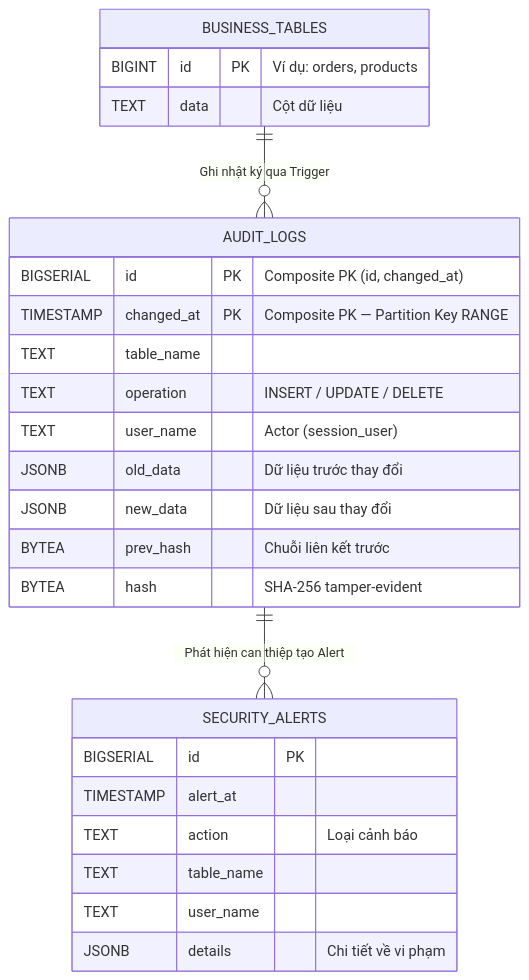
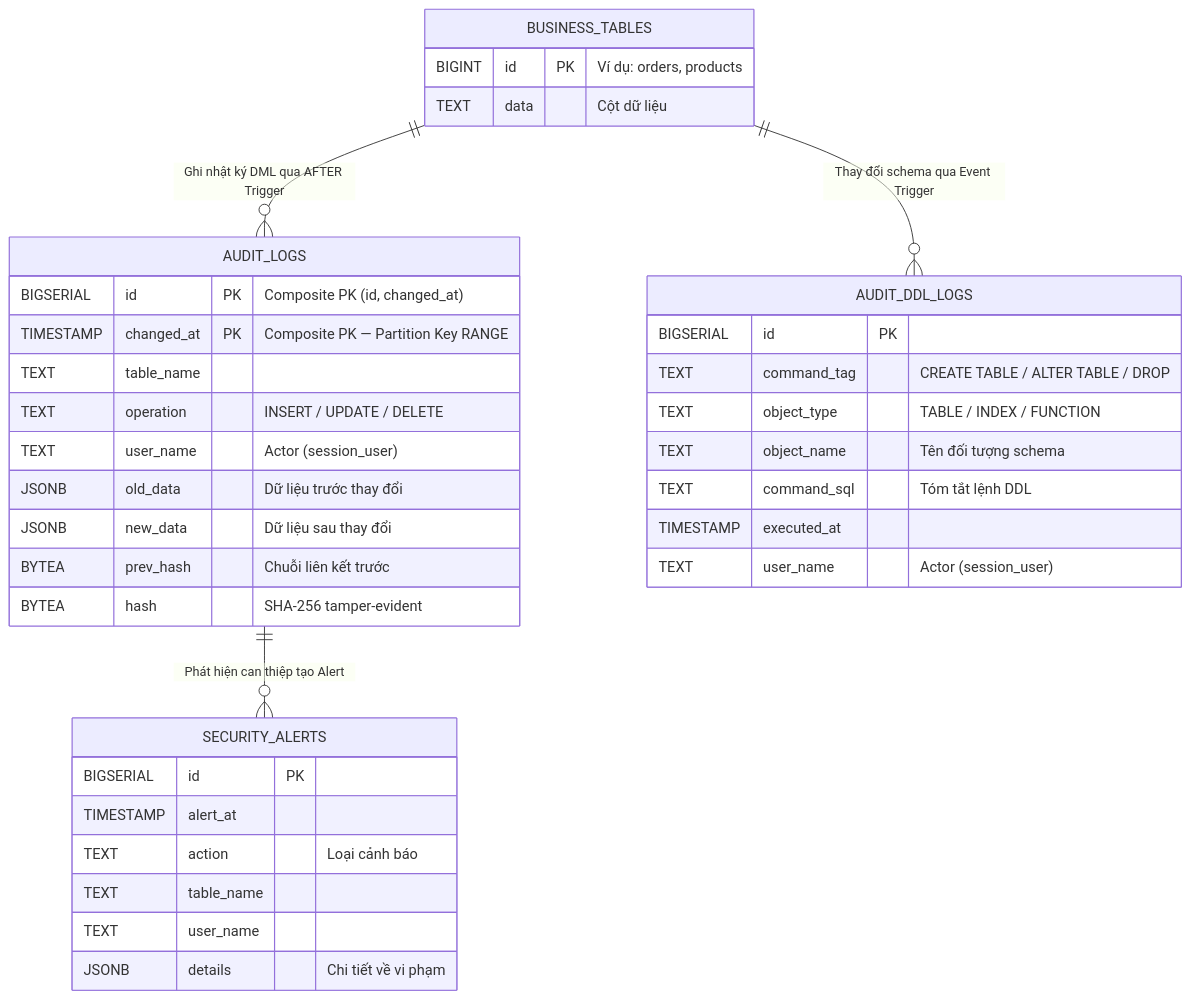
One commit to rubyhcm/csdl changed the third of 8 diagrams in sodo-baocao.md. Above: the diagram before and after it, drawn with Mermaid. The commit also changed other lines of this file and 2 other files, not shown here.

Commit message:
Update DDL audit instructions and enhance ER diagram to include audit DDL logs

````diff
--- a/sodo-baocao.md
+++ b/sodo-baocao.md
@@ -93,31 +93,42 @@
 ```mermaid
 erDiagram
     BUSINESS_TABLES {
         BIGINT id PK "Ví dụ: orders, products"
         TEXT data "Cột dữ liệu"
     }
     
     AUDIT_LOGS {
         BIGSERIAL id PK "Composite PK (id, changed_at)"
         TIMESTAMP changed_at PK "Composite PK — Partition Key RANGE"
         TEXT table_name
         TEXT operation "INSERT / UPDATE / DELETE"
         TEXT user_name "Actor (session_user)"
         JSONB old_data "Dữ liệu trước thay đổi"
         JSONB new_data "Dữ liệu sau thay đổi"
         BYTEA prev_hash "Chuỗi liên kết trước"
         BYTEA hash "SHA-256 tamper-evident"
     }
     
     SECURITY_ALERTS {
         BIGSERIAL id PK
         TIMESTAMP alert_at
         TEXT action "Loại cảnh báo"
         TEXT table_name
         TEXT user_name
         JSONB details "Chi tiết về vi phạm"
     }
+
+    AUDIT_DDL_LOGS {
+        BIGSERIAL id PK
+        TEXT command_tag "CREATE TABLE / ALTER TABLE / DROP"
+        TEXT object_type "TABLE / INDEX / FUNCTION"
+        TEXT object_name "Tên đối tượng schema"
+        TEXT command_sql "Tóm tắt lệnh DDL"
+        TIMESTAMP executed_at
+        TEXT user_name "Actor (session_user)"
+    }
     
-    BUSINESS_TABLES ||--o{ AUDIT_LOGS : "Ghi nhật ký qua Trigger"
+    BUSINESS_TABLES ||--o{ AUDIT_LOGS : "Ghi nhật ký DML qua AFTER Trigger"
     AUDIT_LOGS ||--o{ SECURITY_ALERTS : "Phát hiện can thiệp tạo Alert"
+    BUSINESS_TABLES ||--o{ AUDIT_DDL_LOGS : "Thay đổi schema qua Event Trigger"
 ```
````
